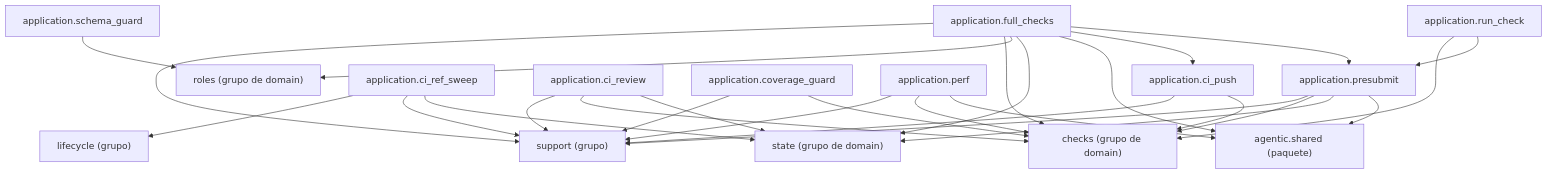
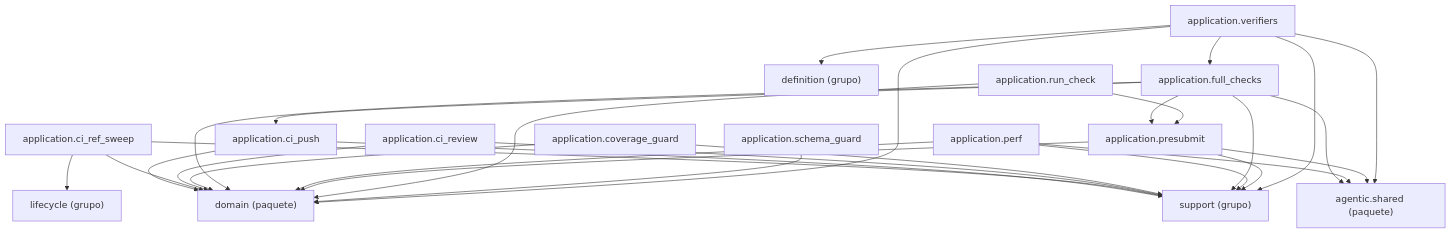
One commit to GonzaloZevallos/agentic-system changed the diagram in docs/architecture/generated/packages-process-application-checks.md. Above: the diagram before and after it, drawn with Mermaid. The commit also changed other lines of this file and 9 other files, not shown here.

Commit message:
Regenerate the architecture docs after merging GH-469

````diff
--- a/docs/architecture/generated/packages-process-application-checks.md
+++ b/docs/architecture/generated/packages-process-application-checks.md
@@ -16,45 +16,46 @@
 ```mermaid
 graph TD
+    g_application__definition["definition (grupo)"]
     g_application__lifecycle["lifecycle (grupo)"]
     g_application__support["support (grupo)"]
-    g_domain__checks["checks (grupo de domain)"]
-    g_domain__roles["roles (grupo de domain)"]
-    g_domain__state["state (grupo de domain)"]
     g_pkg__agentic__shared["agentic.shared (paquete)"]
+    g_pkg__domain["domain (paquete)"]
     m_application__ci_push["application.ci_push"]
     m_application__ci_ref_sweep["application.ci_ref_sweep"]
     m_application__ci_review["application.ci_review"]
     m_application__coverage_guard["application.coverage_guard"]
     m_application__full_checks["application.full_checks"]
     m_application__perf["application.perf"]
     m_application__presubmit["application.presubmit"]
     m_application__run_check["application.run_check"]
     m_application__schema_guard["application.schema_guard"]
+    m_application__verifiers["application.verifiers"]
     m_application__ci_push --> g_application__support
-    m_application__ci_push --> g_domain__checks
+    m_application__ci_push --> g_pkg__domain
     m_application__ci_ref_sweep --> g_application__lifecycle
     m_application__ci_ref_sweep --> g_application__support
-    m_application__ci_ref_sweep --> g_domain__state
+    m_application__ci_ref_sweep --> g_pkg__domain
     m_application__ci_review --> g_application__support
-    m_application__ci_review --> g_domain__checks
-    m_application__ci_review --> g_domain__state
+    m_application__ci_review --> g_pkg__domain
     m_application__coverage_guard --> g_application__support
-    m_application__coverage_guard --> g_domain__checks
+    m_application__coverage_guard --> g_pkg__domain
     m_application__full_checks --> g_application__support
-    m_application__full_checks --> g_domain__checks
-    m_application__full_checks --> g_domain__roles
-    m_application__full_checks --> g_domain__state
     m_application__full_checks --> g_pkg__agentic__shared
+    m_application__full_checks --> g_pkg__domain
     m_application__full_checks --> m_application__ci_push
     m_application__full_checks --> m_application__presubmit
     m_application__perf --> g_application__support
-    m_application__perf --> g_domain__checks
     m_application__perf --> g_pkg__agentic__shared
+    m_application__perf --> g_pkg__domain
     m_application__presubmit --> g_application__support
-    m_application__presubmit --> g_domain__checks
-    m_application__presubmit --> g_domain__state
     m_application__presubmit --> g_pkg__agentic__shared
-    m_application__run_check --> g_domain__checks
+    m_application__presubmit --> g_pkg__domain
+    m_application__run_check --> g_pkg__domain
     m_application__run_check --> m_application__presubmit
-    m_application__schema_guard --> g_domain__roles
+    m_application__schema_guard --> g_pkg__domain
+    m_application__verifiers --> g_application__definition
+    m_application__verifiers --> g_application__support
+    m_application__verifiers --> g_pkg__agentic__shared
+    m_application__verifiers --> g_pkg__domain
+    m_application__verifiers --> m_application__full_checks
 ```
````
